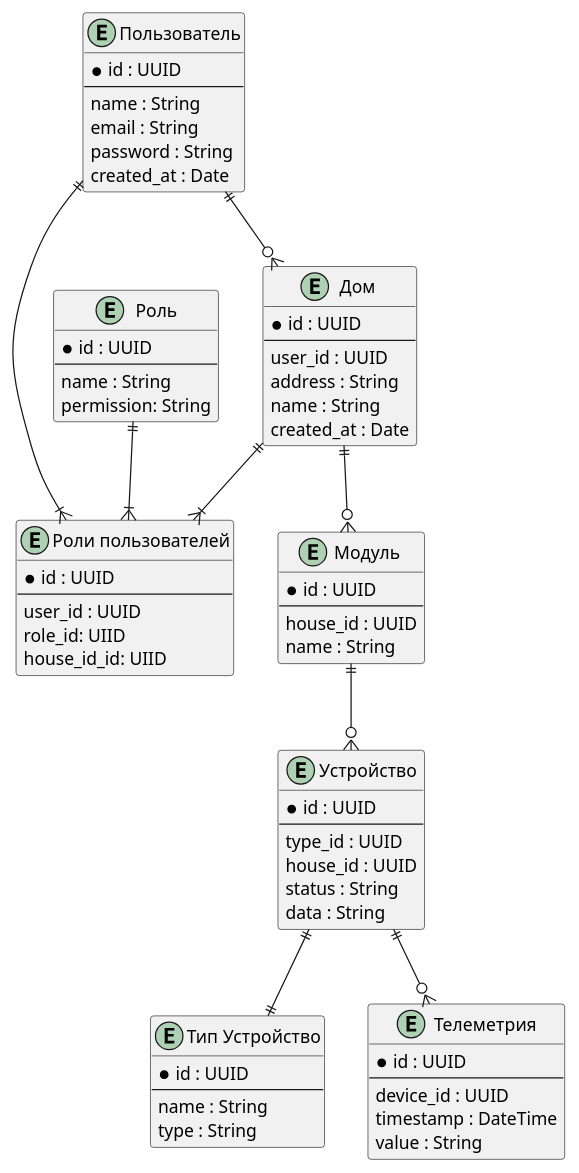
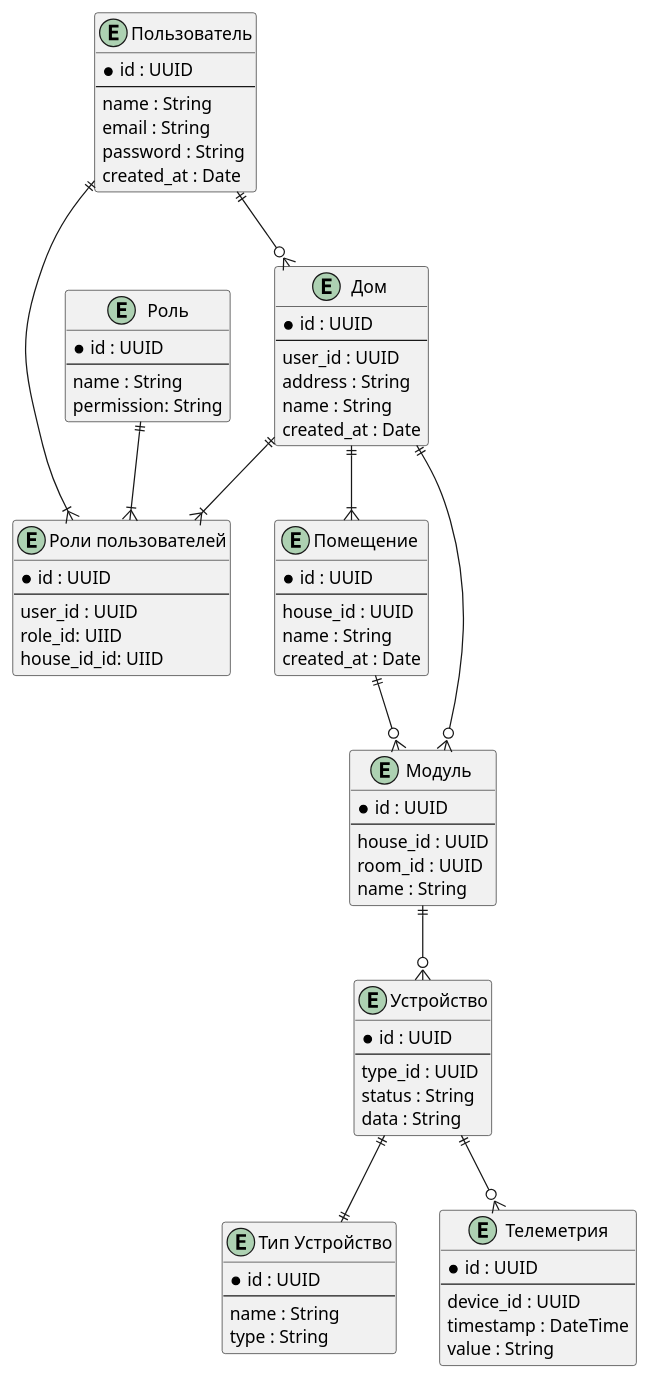
Before and after one commit to fireflysmk/architecture-sprint-3: the diagram in docs/docs/er/er.puml, drawn with PlantUML.

Commit message:
Добавление в ER диаграмму room

```diff
--- a/docs/docs/er/er.puml
+++ b/docs/docs/er/er.puml
@@ -1,77 +1,88 @@
 @startuml
 
 entity "Пользователь" as User {
     * id : UUID
     --
     name : String
     email : String
     password : String
     created_at : Date
 }
 
 entity "Роли пользователей" as UserRole {
     * id : UUID
     --
     user_id : UUID
     role_id: UIID
     house_id_id: UIID
 }
 
 entity "Роль" as Role {
     * id : UUID
     --
     name : String
     permission: String
 }
 
 entity "Дом " as House {
     * id : UUID
     --
     user_id : UUID
     address : String
     name : String
     created_at : Date
 }
 
+entity "Помещение " as Room {
+    * id : UUID
+    --
+    house_id : UUID
+    name : String
+    created_at : Date
+}
+
 entity "Модуль " as Module {
     * id : UUID
     --
     house_id : UUID
+    room_id : UUID
     name : String
 }
 
 entity "Устройство" as Device {
     * id : UUID
     --
     type_id : UUID
-    house_id : UUID
     status : String
     data : String
 }
 
 entity "Тип Устройство" as DeviceType {
     * id : UUID
     --
     name : String
     type : String
 }
 
 entity "Телеметрия" as TelemetryData {
     * id : UUID
     --
     device_id : UUID
     timestamp : DateTime
     value : String
 }
 
 User ||--|{UserRole
 Role ||--|{ UserRole
 House ||--|{UserRole
+House ||--|{Room
 
 User ||--o{ House
 House ||--o{ Module
+Room ||--o{ Module
+
 Module ||--o{ Device
 Device ||--|| DeviceType
 Device ||--o{ TelemetryData
 
 @enduml
```
